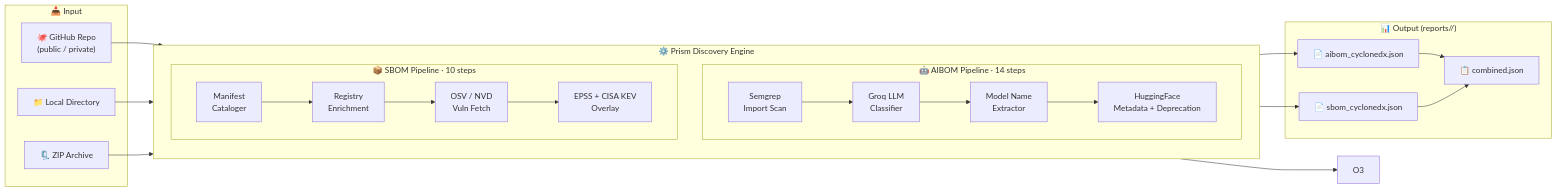
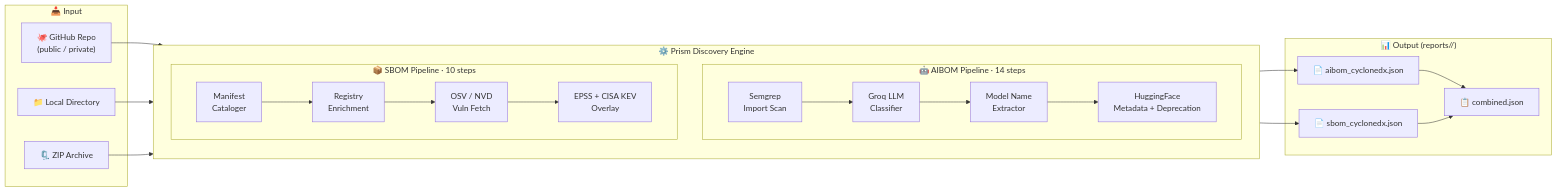
The second of 3 diagrams in README.md (SISAReshma/Prism_Discovery), drawn with Mermaid before and after one commit. The commit also changed other lines of this file and 6 other files, not shown here.

````diff
--- a/README.md
+++ b/README.md
@@ -66,31 +95,31 @@
 ```mermaid
 flowchart LR
     subgraph Input ["📥 Input"]
         GH["🐙 GitHub Repo\n(public / private)"]
         LOC["📁 Local Directory"]
         ZIP["🗜️ ZIP Archive"]
     end
 
     subgraph Prism ["⚙️  Prism Discovery Engine"]
         direction TB
         subgraph AIBOM_PIPE ["🤖  AIBOM Pipeline  ·  14 steps"]
             direction LR
             P1["Semgrep\nImport Scan"] --> P2["Groq LLM\nClassifier"] --> P3["Model Name\nExtractor"] --> P4["HuggingFace\nMetadata + Deprecation"]
         end
         subgraph SBOM_PIPE ["📦  SBOM Pipeline  ·  10 steps"]
             direction LR
             Q1["Manifest\nCataloger"] --> Q2["Registry\nEnrichment"] --> Q3["OSV / NVD\nVuln Fetch"] --> Q4["EPSS + CISA KEV\nOverlay"]
         end
     end
 
     subgraph Output ["📊 Output  (reports/<scan_id>/)"]
         O1["📄 aibom_cyclonedx.json"]
         O2["📄 sbom_cyclonedx.json"]
         O4["📋 combined.json"]
     end
 
     GH & LOC & ZIP --> Prism
     P4 --> O1
-    Q4 --> O2 & O3
+    Q4 --> O2
     O1 & O2 --> O4
 ```
````
